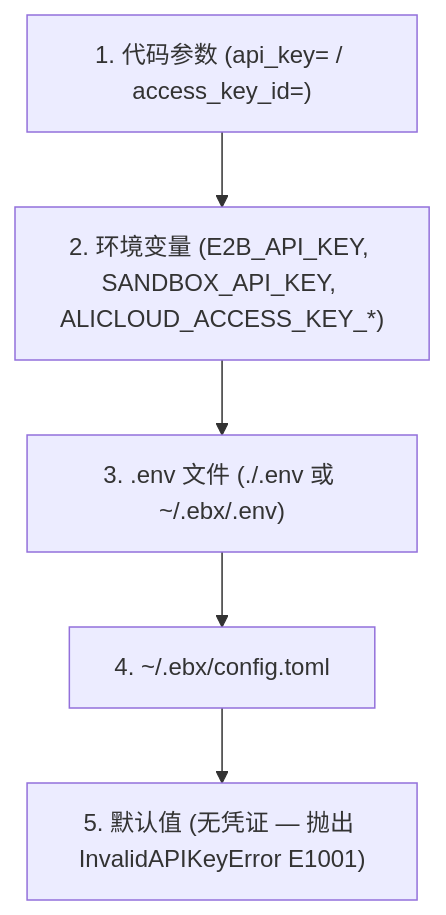
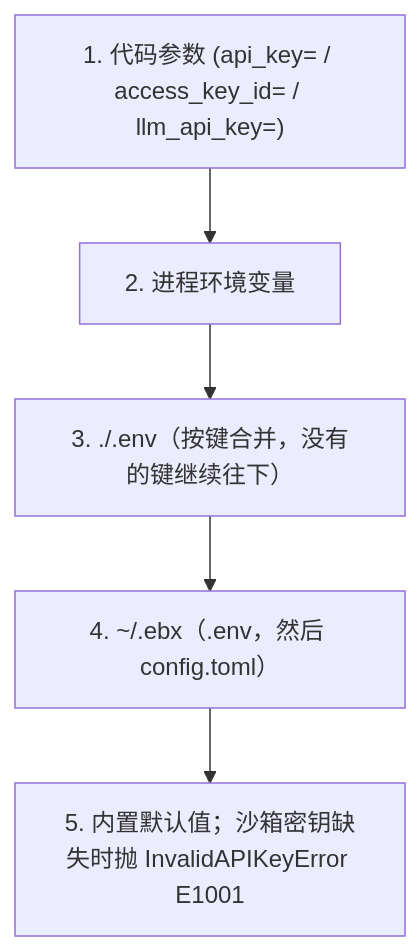
The diagram in docs/zh/guide/authentication.md (Easy-Sandbox/easy-sandbox), drawn with Mermaid before and after one commit. The commit also changed other lines of this file and 176 other files, not shown here.

````diff
--- a/docs/zh/guide/authentication.md
+++ b/docs/zh/guide/authentication.md
@@ -140,7 +133,7 @@
 ```mermaid
 flowchart TD
-    A["1. 代码参数 (api_key= / access_key_id=)"] --> B["2. 环境变量 (E2B_API_KEY, SANDBOX_API_KEY, ALICLOUD_ACCESS_KEY_*)"]
-    B --> C["3. .env 文件 (./.env 或 ~/.ebx/.env)"]
-    C --> D["4. ~/.ebx/config.toml"]
-    D --> E["5. 默认值 (无凭证 — 抛出 InvalidAPIKeyError E1001)"]
+    A["1. 代码参数 (api_key= / access_key_id= / llm_api_key=)"] --> B["2. 进程环境变量"]
+    B --> C["3. ./.env（按键合并，没有的键继续往下）"]
+    C --> D["4. ~/.ebx（.env，然后 config.toml）"]
+    D --> E["5. 内置默认值；沙箱密钥缺失时抛 InvalidAPIKeyError E1001"]
 ```
````
